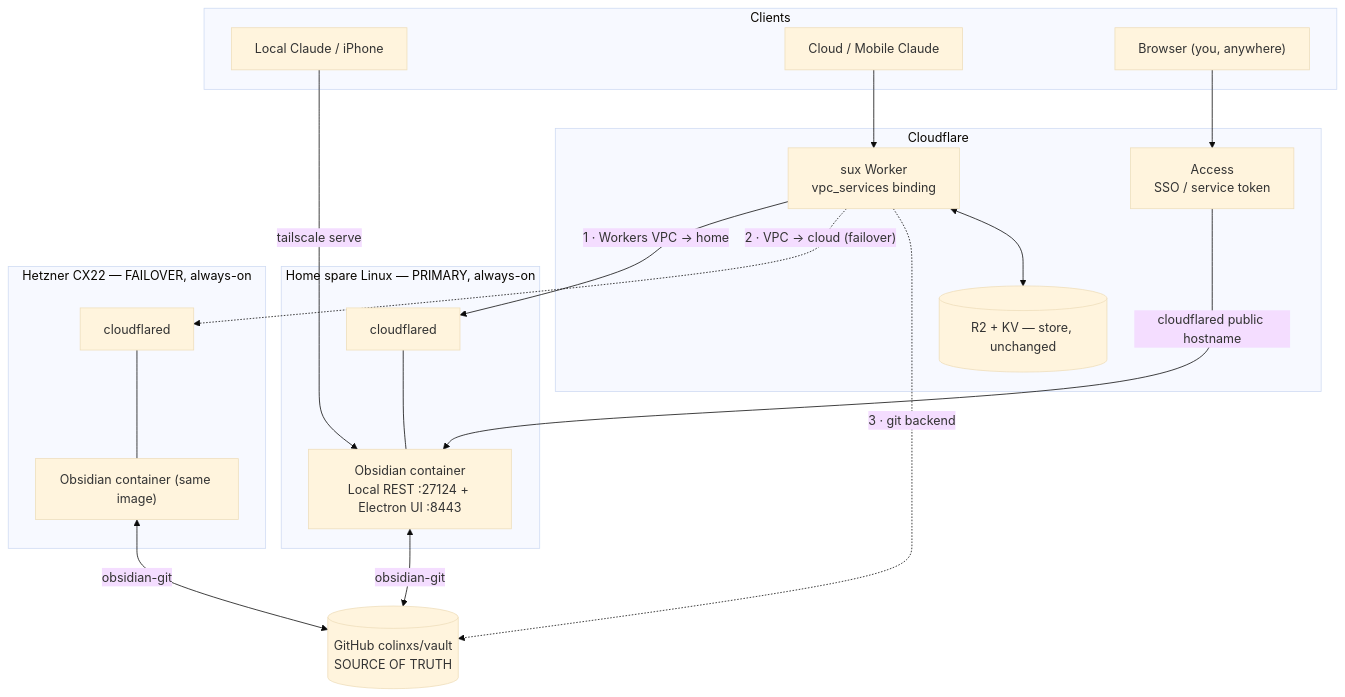
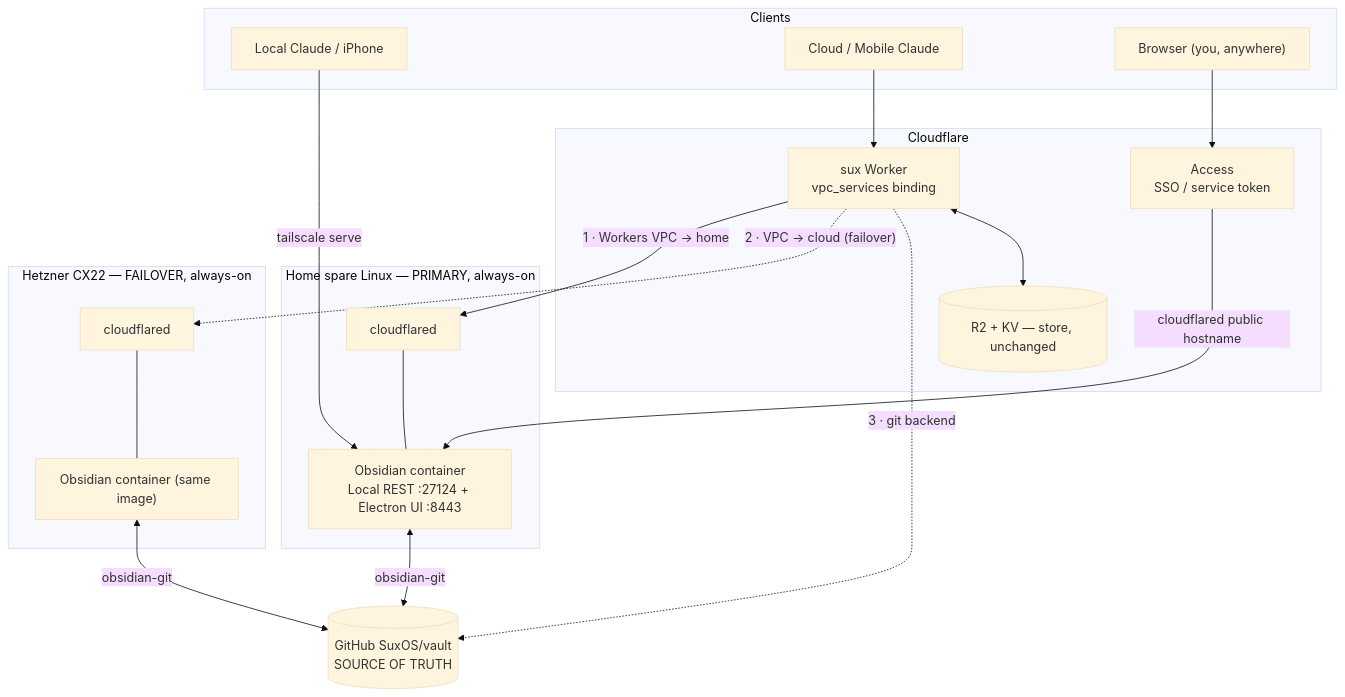
One commit to colinxs/sux changed the first of 2 diagrams in docs/proposals/vpc-hosting.md. Above: the diagram before and after it, drawn with Mermaid (base theme). The commit also changed other lines of this file and 14 other files, not shown here.

First line of the commit message:
docs: reconcile stale colinxs/vault repo-name drift org-wide (sux side)

````diff
--- a/docs/proposals/vpc-hosting.md
+++ b/docs/proposals/vpc-hosting.md
@@ -130,34 +130,34 @@
 ```mermaid
 flowchart TB
     subgraph clients["Clients"]
         LC["Local Claude / iPhone"]
         CC["Cloud / Mobile Claude"]
         BR["Browser (you, anywhere)"]
     end
     subgraph cf["Cloudflare"]
         W["sux Worker<br/>vpc_services binding"]
         R2[("R2 + KV — store, unchanged")]
         ACC["Access<br/>SSO / service token"]
     end
     subgraph home["Home spare Linux — PRIMARY, always-on"]
         CFH["cloudflared"]
         OBH["Obsidian container<br/>Local REST :27124 + Electron UI :8443"]
     end
     subgraph cloud["Hetzner CX22 — FAILOVER, always-on"]
         CFC["cloudflared"]
         OBC["Obsidian container (same image)"]
     end
-    GH[("GitHub colinxs/vault<br/>SOURCE OF TRUTH")]
+    GH[("GitHub SuxOS/vault<br/>SOURCE OF TRUTH")]
     CC --> W
     W -->|"1 · Workers VPC → home"| CFH
     W -.->|"2 · VPC → cloud (failover)"| CFC
     W -.->|"3 · git backend"| GH
     W <--> R2
     CFH --- OBH
     CFC --- OBC
     LC -->|"tailscale serve"| OBH
     BR --> ACC
     ACC -->|"cloudflared public hostname"| OBH
     OBH <-->|"obsidian-git"| GH
     OBC <-->|"obsidian-git"| GH
 ```
````
